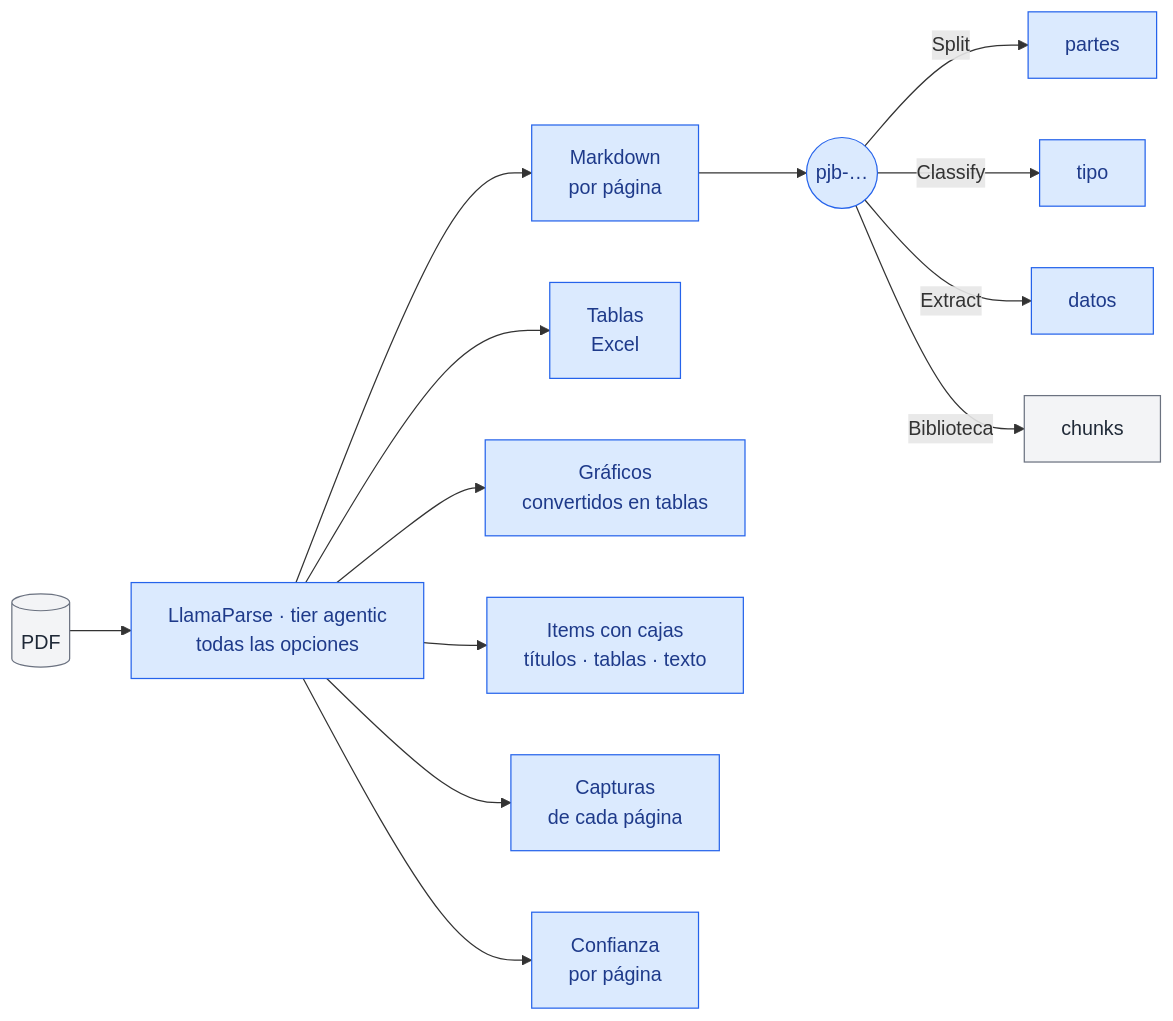
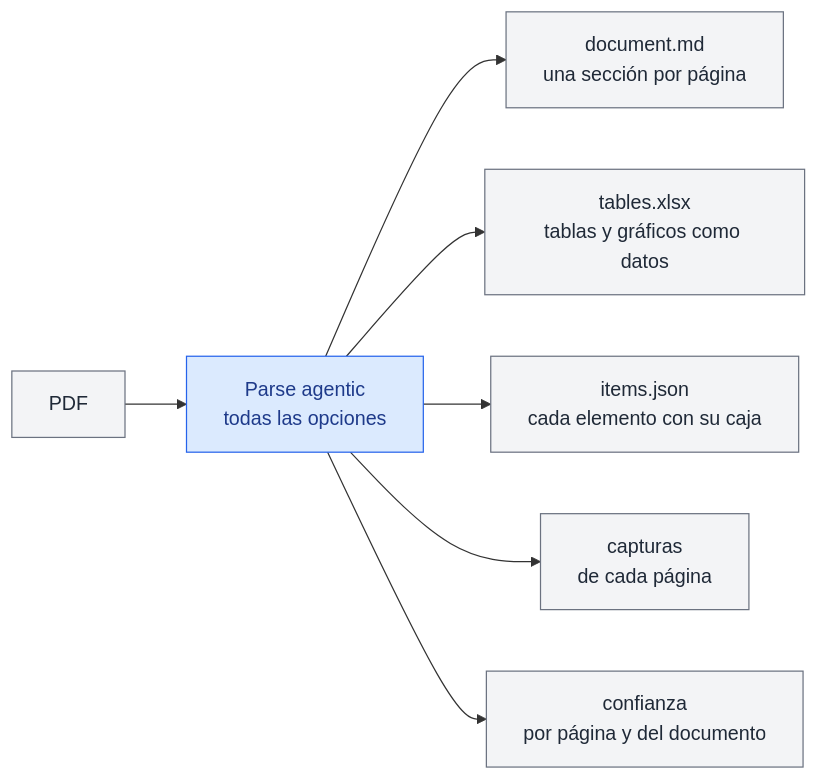
One commit to javi2481/parla-rag changed the second of 6 diagrams in README.md. Above: the diagram before and after it, drawn with Mermaid. The commit also changed other lines of this file and 5 other files, not shown here.

Commit message:
docs: README, plan, estado y bitacora con el corpus nuevo, el diseno y el plan del chat principal

````diff
--- a/README.md
+++ b/README.md
@@ -151,21 +161,14 @@
 ```mermaid
 flowchart LR
-    P[("PDF")] --> X["LlamaParse · tier agentic<br/>todas las opciones"]
-    X --> M["Markdown<br/>por página"]
-    X --> T["Tablas<br/>Excel"]
-    X --> G["Gráficos<br/>convertidos en tablas"]
-    X --> I["Items con cajas<br/>títulos · tablas · texto"]
-    X --> C["Capturas<br/>de cada página"]
-    X --> Q["Confianza<br/>por página"]
-    M --> J(("pjb-…"))
-    J -->|"Split"| S1["partes"]
-    J -->|"Classify"| S2["tipo"]
-    J -->|"Extract"| S3["datos"]
-    J -->|"Biblioteca"| S4["chunks"]
+    P["PDF"] --> X["Parse agentic<br/>todas las opciones"]
+    X --> M["document.md<br/>una sección por página"]
+    X --> T["tables.xlsx<br/>tablas y gráficos como datos"]
+    X --> I["items.json<br/>cada elemento con su caja"]
+    X --> S["capturas<br/>de cada página"]
+    X --> C["confianza<br/>por página y del documento"]
 
     classDef nube fill:#dbeafe,stroke:#2563eb,color:#1e3a8a
     classDef nuestro fill:#f3f4f6,stroke:#6b7280,color:#1f2937
-    class X,M,T,G,I,C,Q,J,S1,S2,S3 nube
-    class P nuestro
-    class S4 nuestro
+    class X nube
+    class P,M,T,I,S,C nuestro
 ```
````
